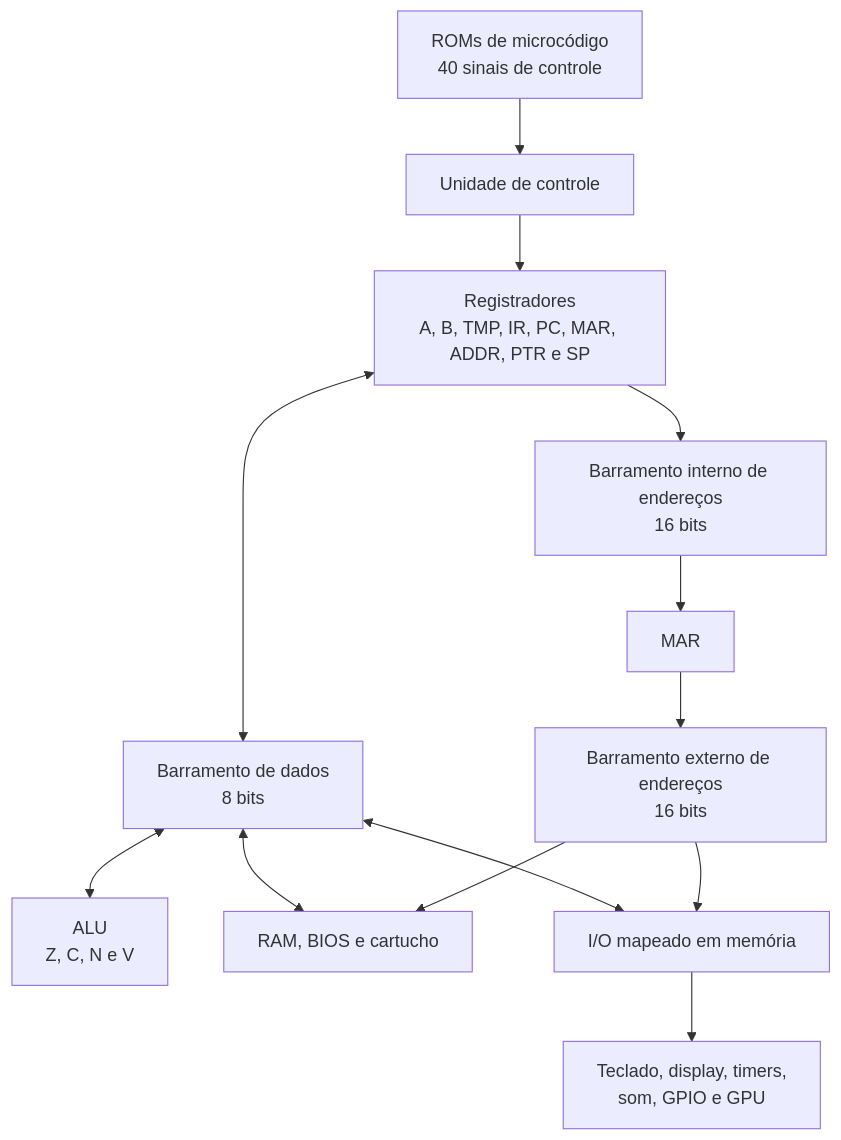
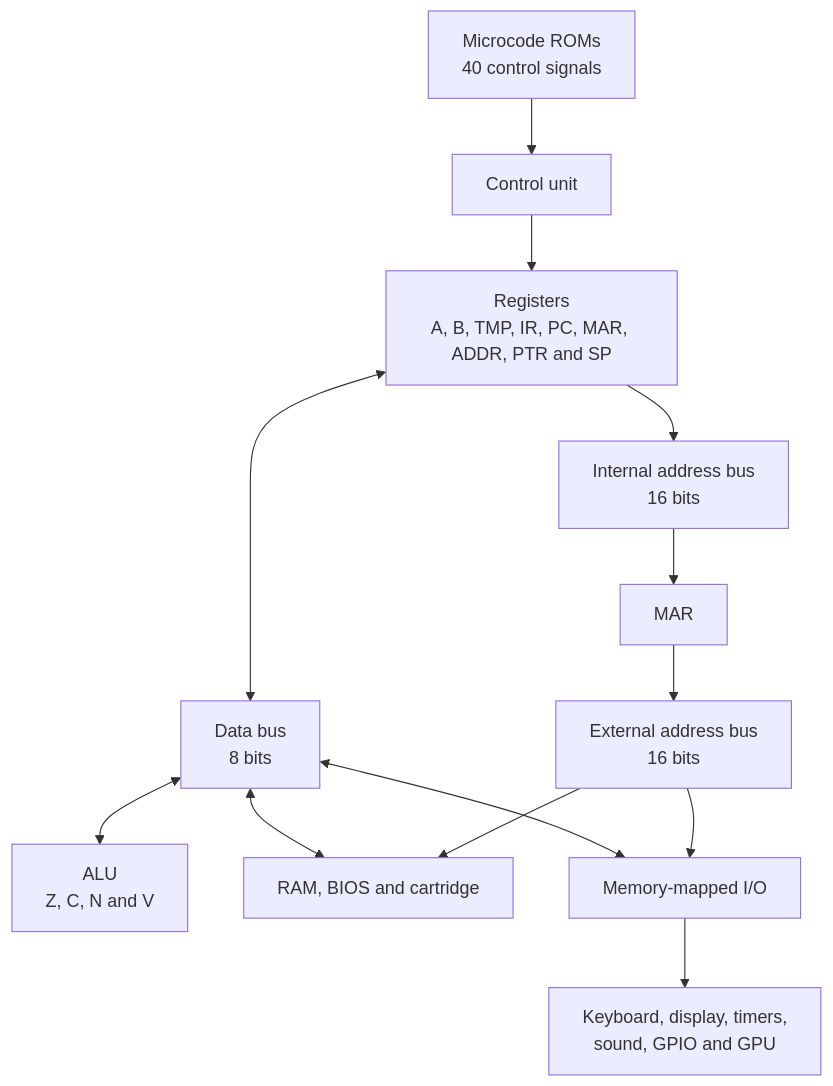
Before and after one commit to ViniciusJesus-art/WALL-8-Computer: the diagram in README.md, drawn with Mermaid. The commit also changed other lines of this file and 1 other file, not shown here.

````diff
--- a/README.md
+++ b/README.md
@@ -89,15 +91,15 @@
 ```mermaid
 flowchart TD
-    ROMS[ROMs de microcódigo<br/>40 sinais de controle] --> CTRL[Unidade de controle]
-    CTRL --> REGS[Registradores<br/>A, B, TMP, IR, PC, MAR, ADDR, PTR e SP]
-    REGS <--> DB[Barramento de dados<br/>8 bits]
-    REGS --> IAB[Barramento interno de endereços<br/>16 bits]
+    ROMS[Microcode ROMs<br/>40 control signals] --> CTRL[Control unit]
+    CTRL --> REGS[Registers<br/>A, B, TMP, IR, PC, MAR, ADDR, PTR and SP]
+    REGS <--> DB[Data bus<br/>8 bits]
+    REGS --> IAB[Internal address bus<br/>16 bits]
     IAB --> MAR[MAR]
-    MAR --> EAB[Barramento externo de endereços<br/>16 bits]
-    DB <--> ALU[ALU<br/>Z, C, N e V]
-    DB <--> MEM[RAM, BIOS e cartucho]
-    DB <--> IO[I/O mapeado em memória]
+    MAR --> EAB[External address bus<br/>16 bits]
+    DB <--> ALU[ALU<br/>Z, C, N and V]
+    DB <--> MEM[RAM, BIOS and cartridge]
+    DB <--> IO[Memory-mapped I/O]
     EAB --> MEM
     EAB --> IO
-    IO --> PER[Teclado, display, timers,<br/>som, GPIO e GPU]
+    IO --> PER[Keyboard, display, timers,<br/>sound, GPIO and GPU]
 ```
````
